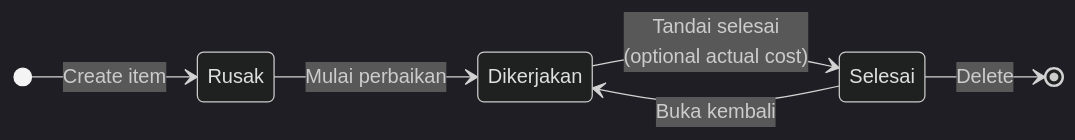
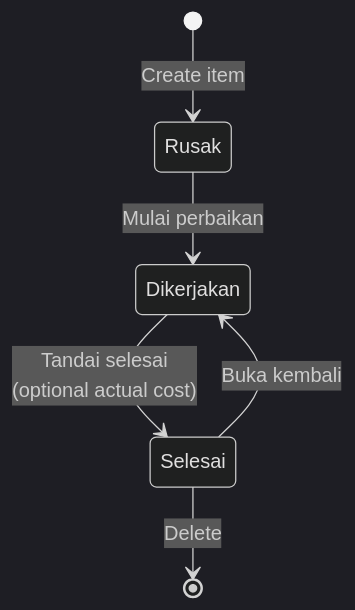
One commit to izayoilv/kosfix-app changed the third of 3 diagrams in design/flowchart.md. Above: the diagram before and after it, drawn with Mermaid (dark theme).

Commit message:
docs: refine the status flowchart
Use a vertical repair-state diagram so the transitions remain legible when the Mermaid page is rendered on a narrow screen.

````diff
--- a/design/flowchart.md
+++ b/design/flowchart.md
@@ -46,9 +46,8 @@
 ```mermaid
 stateDiagram-v2
-  direction LR
   [*] --> Rusak: Create item
   Rusak --> Dikerjakan: Mulai perbaikan
   Dikerjakan --> Selesai: Tandai selesai<br/>(optional actual cost)
   Selesai --> Dikerjakan: Buka kembali
   Selesai --> [*]: Delete
 ```
````
